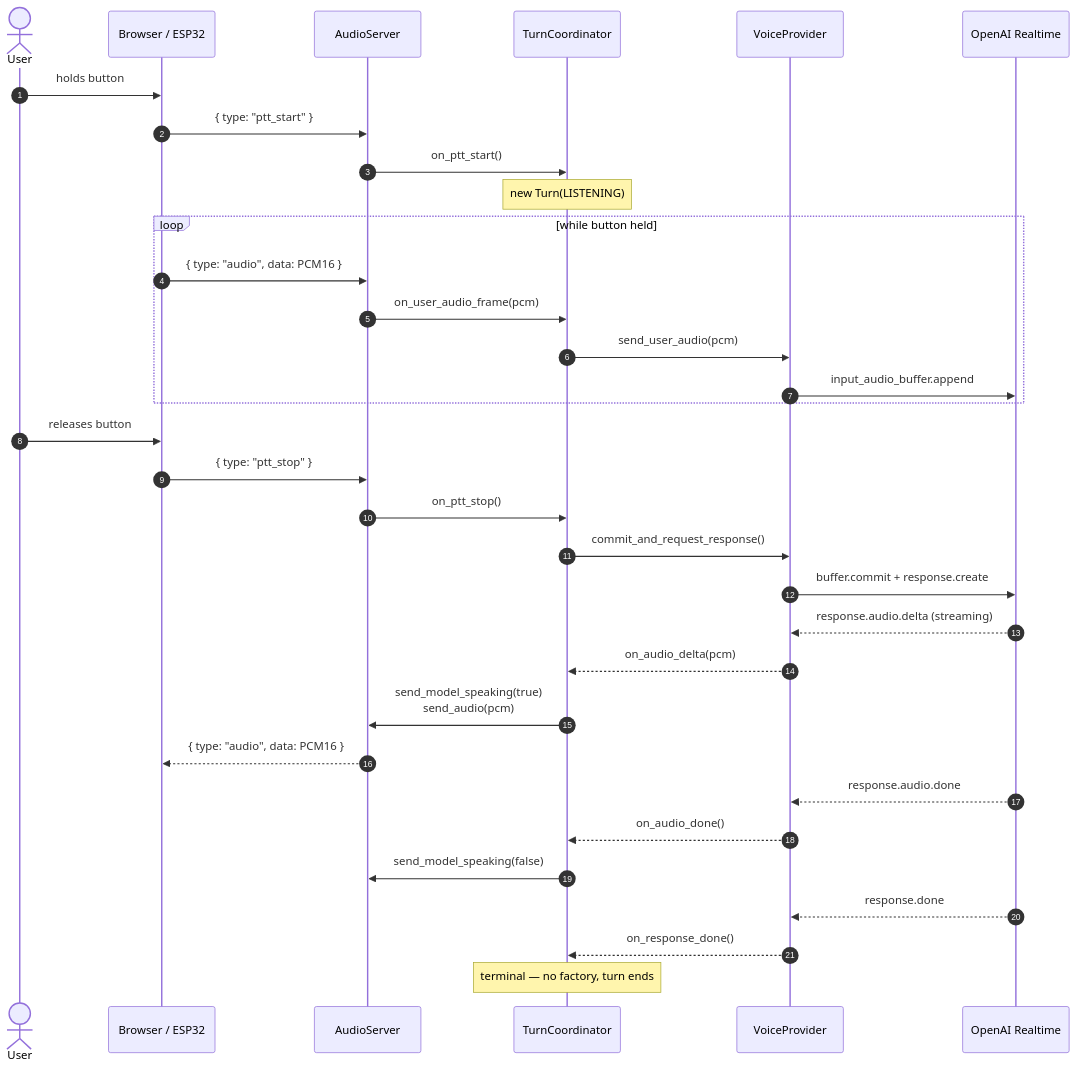
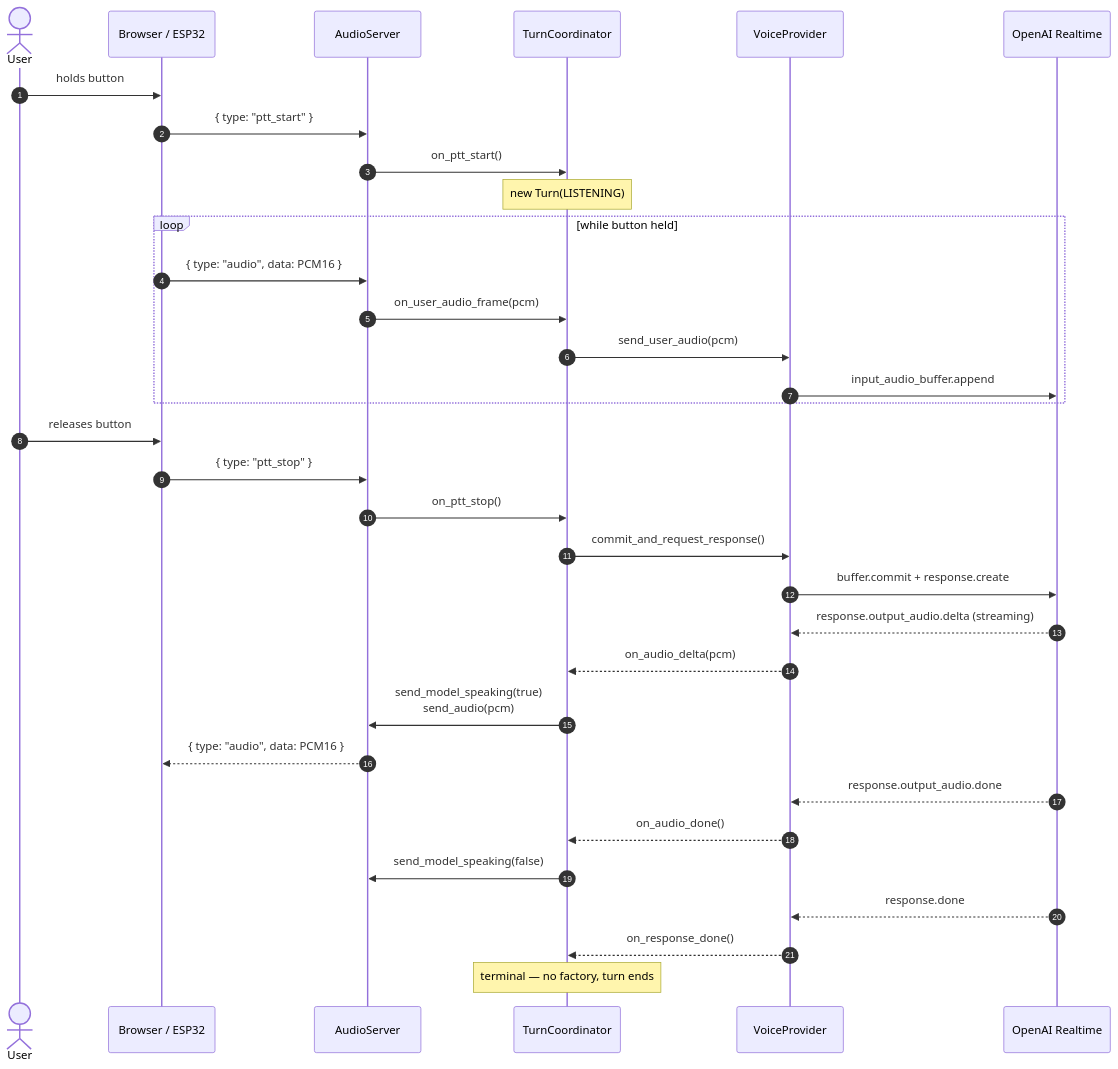
The third of 5 diagrams in docs/architecture.md (ma-r-s/Huxley), drawn with Mermaid before and after one commit. The commit also changed other lines of this file and 16 other files, not shown here.

````diff
--- a/docs/architecture.md
+++ b/docs/architecture.md
@@ -162,36 +162,36 @@
 ```mermaid
 sequenceDiagram
     autonumber
     actor User
     participant Client as Browser / ESP32
     participant Server as AudioServer
     participant Coord as TurnCoordinator
     participant Prov as VoiceProvider
     participant LLM as OpenAI Realtime
 
     User->>Client: holds button
     Client->>Server: { type: "ptt_start" }
     Server->>Coord: on_ptt_start()
     Note over Coord: new Turn(LISTENING)
     loop while button held
         Client->>Server: { type: "audio", data: PCM16 }
         Server->>Coord: on_user_audio_frame(pcm)
         Coord->>Prov: send_user_audio(pcm)
         Prov->>LLM: input_audio_buffer.append
     end
     User->>Client: releases button
     Client->>Server: { type: "ptt_stop" }
     Server->>Coord: on_ptt_stop()
     Coord->>Prov: commit_and_request_response()
     Prov->>LLM: buffer.commit + response.create
-    LLM-->>Prov: response.audio.delta (streaming)
+    LLM-->>Prov: response.output_audio.delta (streaming)
     Prov-->>Coord: on_audio_delta(pcm)
     Coord->>Server: send_model_speaking(true)<br/>send_audio(pcm)
     Server-->>Client: { type: "audio", data: PCM16 }
-    LLM-->>Prov: response.audio.done
+    LLM-->>Prov: response.output_audio.done
     Prov-->>Coord: on_audio_done()
     Coord->>Server: send_model_speaking(false)
     LLM-->>Prov: response.done
     Prov-->>Coord: on_response_done()
     Note over Coord: terminal — no factory, turn ends
 ```
````
